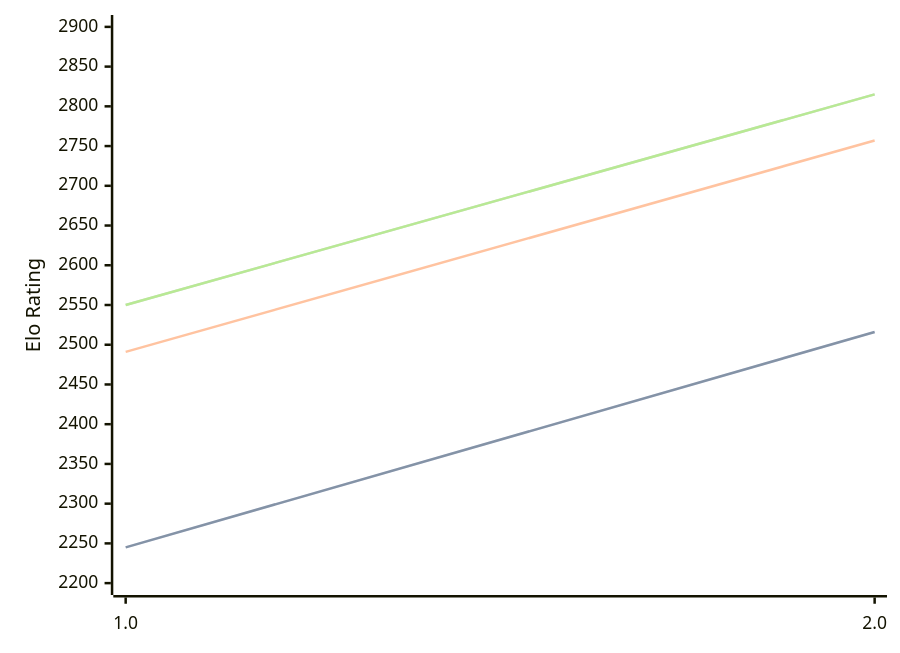
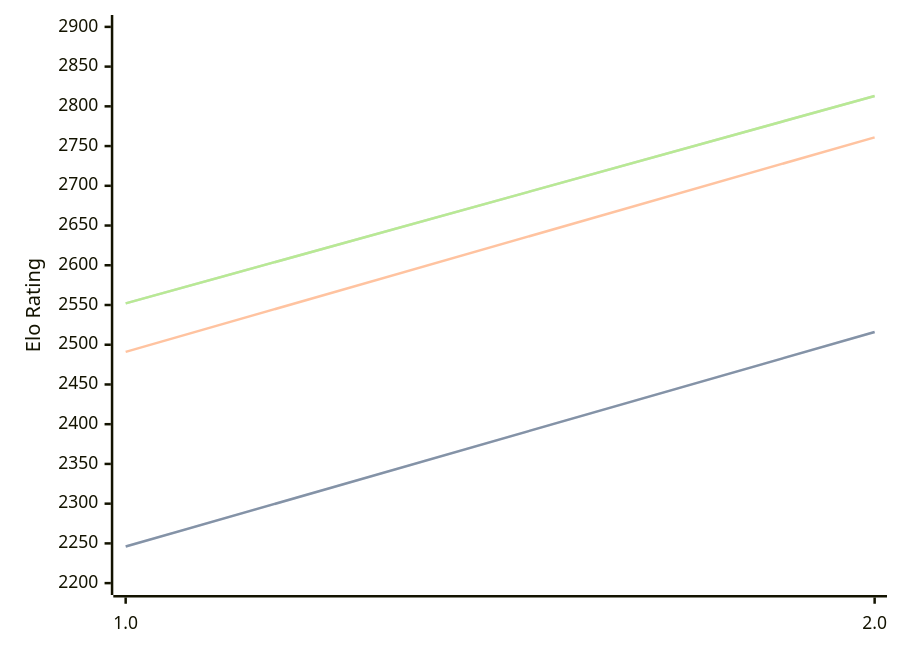
Before and after one commit to computer-chess-index/cci: the diagram in engines/Revolver.md, drawn with Mermaid. The commit also changed other lines of this file, not shown here.

Commit message:
Update CCI Ratings (ELO VLTC) - 2026-07-23

````diff
--- a/engines/Revolver.md
+++ b/engines/Revolver.md
@@ -32,11 +32,11 @@
 ```mermaid
 %%{init: {"theme":"base","themeVariables":{"seriesColors:['#a3a3a3','#222221','#faa371']}}}%%
 xychart-beta
   x-axis ["1.0", "2.0"]
   y-axis "Elo Rating" 2200 --> 2900
-  line "STC (8.0+0.08s)" [2245, 2516]
-  line "STC (8.0+0.08s)" [2245, 2516]
-  line "LTC (60.0+0.60s)" [2491, 2757]
-  line "VLTC (2m24s+1.12s)" [2550, 2815]
-  line "VLTC (2m24s+1.12s)" [2550, 2815]
+  line "STC (8.0+0.08s)" [2246, 2516]
+  line "STC (8.0+0.08s)" [2246, 2516]
+  line "LTC (60.0+0.60s)" [2491, 2761]
+  line "VLTC (2m24s+1.12s)" [2552, 2813]
+  line "VLTC (2m24s+1.12s)" [2552, 2813]
 ```
````
